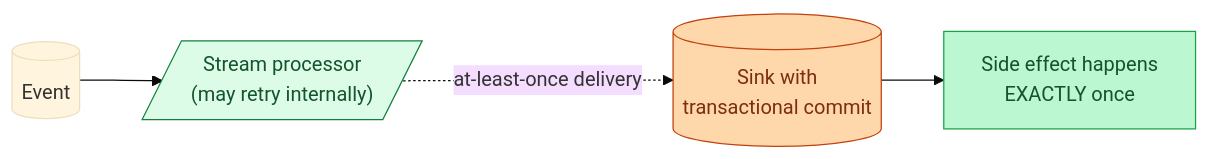
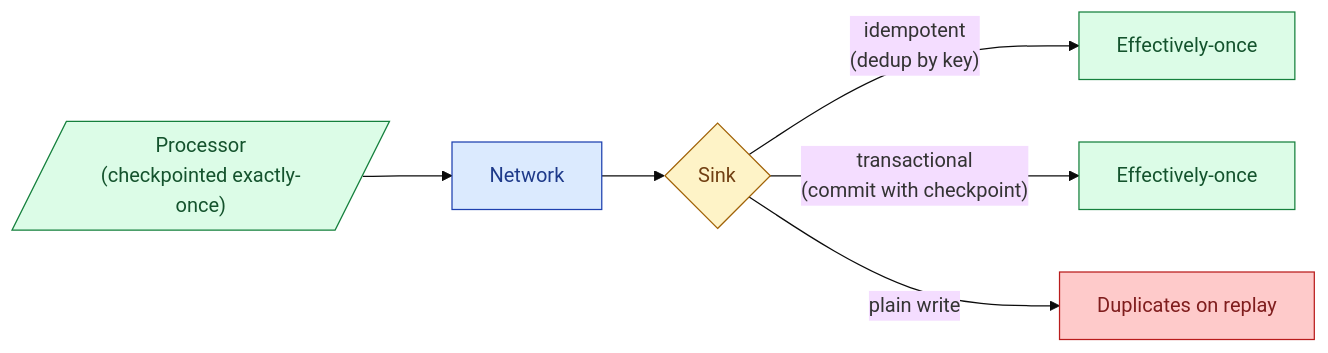
One commit to shiningflash/shiningflash.github.io changed the third of 4 diagrams in _de_concepts/035-exactly-once-streaming.md. Above: the diagram before and after it, drawn with Mermaid (base theme). The commit also changed other lines of this file and 69 other files, not shown here.

````diff
--- a/_de_concepts/035-exactly-once-streaming.md
+++ b/_de_concepts/035-exactly-once-streaming.md
@@ -12,10 +72,13 @@
 ```mermaid
 flowchart LR
-    E[("Event")] --> P[/"Stream processor<br/>(may retry internally)"/]:::p
-    P -.->|"at-least-once delivery"| Out[("Sink with<br/>transactional commit")]:::g
-    Out --> Effect["Side effect happens<br/>EXACTLY once"]:::done
+    P[/"Processor<br/>(checkpointed exactly-once)"/]:::g --> Net["Network"]:::a
+    Net --> S{"Sink"}:::y
+    S -->|"idempotent<br/>(dedup by key)"| OK1["Effectively-once"]:::g
+    S -->|"transactional<br/>(commit with checkpoint)"| OK2["Effectively-once"]:::g
+    S -->|"plain write"| Dup["Duplicates on replay"]:::r
 
-    classDef p fill:#dcfce7,stroke:#15803d,color:#14532d
-    classDef g fill:#fed7aa,stroke:#c2410c,color:#7c2d12
-    classDef done fill:#bbf7d0,stroke:#16a34a,color:#14532d
+    classDef g fill:#dcfce7,stroke:#15803d,color:#14532d
+    classDef a fill:#dbeafe,stroke:#1e40af,color:#1e3a8a
+    classDef y fill:#fef3c7,stroke:#a16207,color:#713f12
+    classDef r fill:#fecaca,stroke:#b91c1c,color:#7f1d1d
 ```
````
